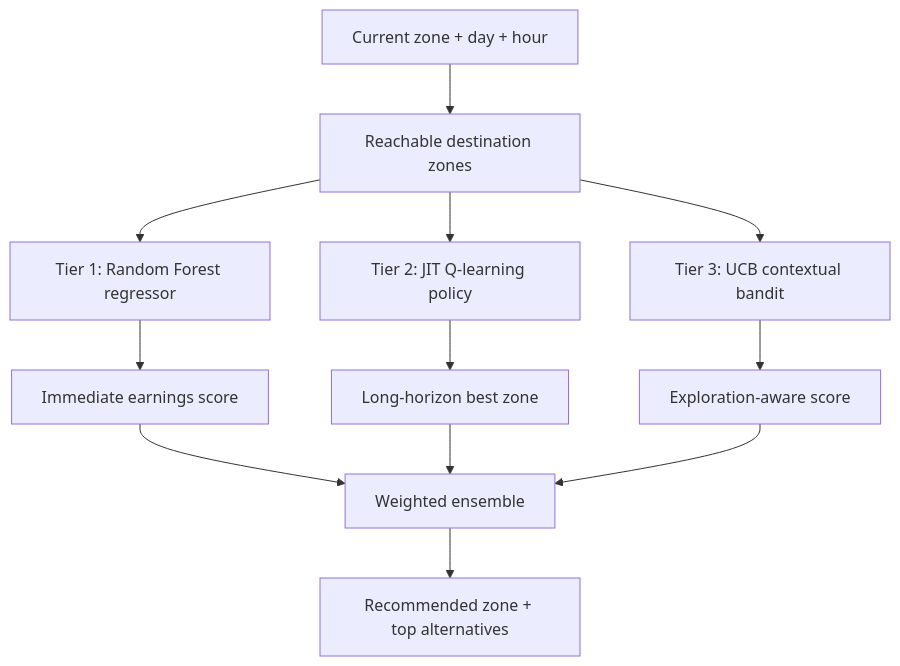
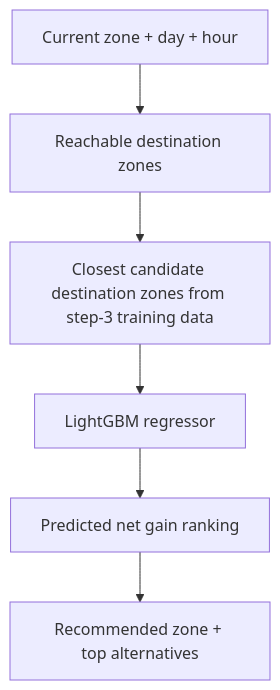
The second of 3 diagrams in README.md (BodrulJalal/Rideshare-Decision-ML), drawn with Mermaid before and after one commit. The commit also changed other lines of this file and 23 other files, not shown here.

````diff
--- a/README.md
+++ b/README.md
@@ -82,14 +79,8 @@
 ```mermaid
 flowchart TD
     Request[Current zone + day + hour] --> Candidates[Reachable destination zones]
-    Candidates --> Tier1[Tier 1: Random Forest regressor]
-    Candidates --> Tier2[Tier 2: JIT Q-learning policy]
-    Candidates --> Tier3[Tier 3: UCB contextual bandit]
-    Tier1 --> Score1[Immediate earnings score]
-    Tier2 --> Score2[Long-horizon best zone]
-    Tier3 --> Score3[Exploration-aware score]
-    Score1 --> Ensemble[Weighted ensemble]
-    Score2 --> Ensemble
-    Score3 --> Ensemble
-    Ensemble --> Result[Recommended zone + top alternatives]
+    Candidates --> Nearby[Closest candidate destination zones from step-3 training data]
+    Nearby --> LGBM[LightGBM regressor]
+    LGBM --> Ranking[Predicted net gain ranking]
+    Ranking --> Result[Recommended zone + top alternatives]
 ```
````
